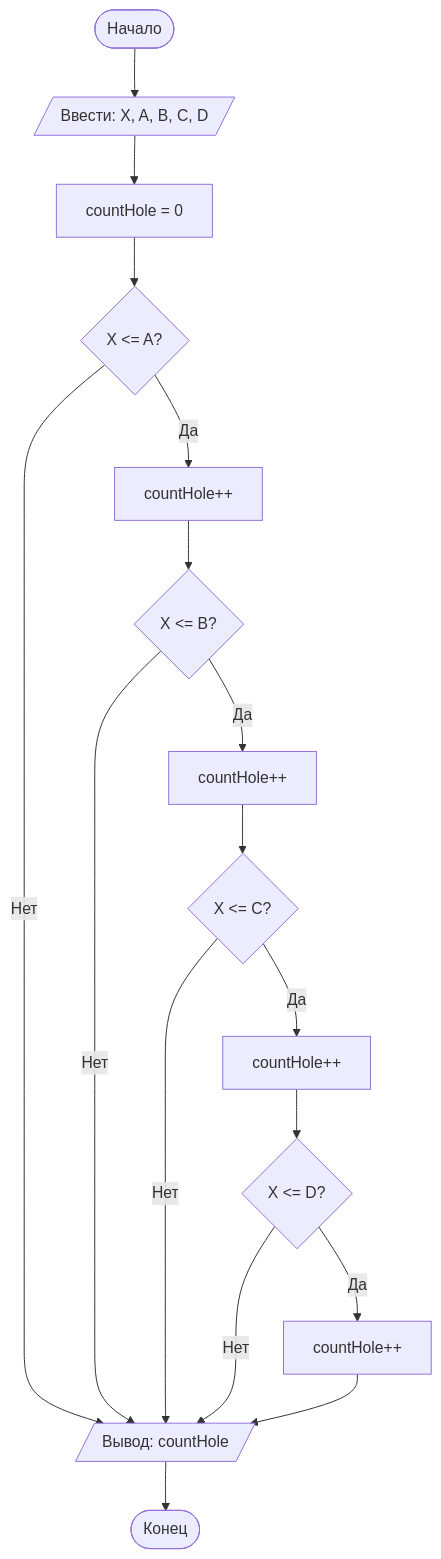
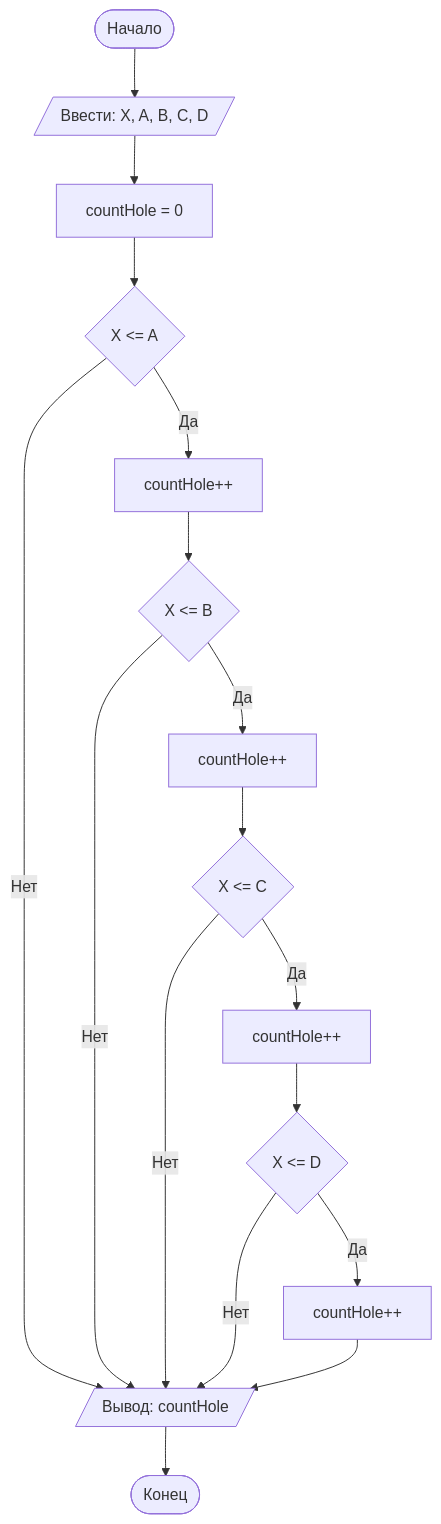
Before and after one commit to ksenia142308/lab1ksenia: the diagram in README.md, drawn with Mermaid. The commit also changed other lines of this file, not shown here.

````diff
--- a/README.md
+++ b/README.md
@@ -98,19 +98,19 @@
 ```mermaid
 graph TD
     A([Начало]) --> B[/Ввести: X, A, B, C, D/]
     B --> C[countHole = 0]
-    C --> D{X <= A?}
+    C --> D{X <= A}
     D -- Нет --> Z[/Вывод: countHole/]
     D -- Да --> E[countHole++]
-    E --> F{X <= B?}
+    E --> F{X <= B}
     F -- Нет --> Z
     F -- Да --> G[countHole++]
-    G --> H{X <= C?}
+    G --> H{X <= C}
     H -- Нет --> Z
     H -- Да --> I[countHole++]
-    I --> J{X <= D?}
+    I --> J{X <= D}
     J -- Нет --> Z
     J -- Да --> K[countHole++]
     K --> Z
     Z --> Y([Конец])
 ```
````
